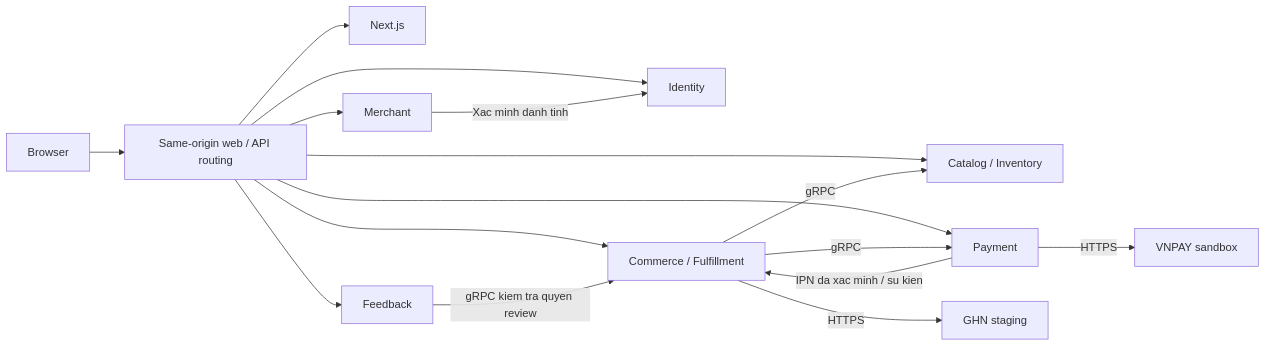
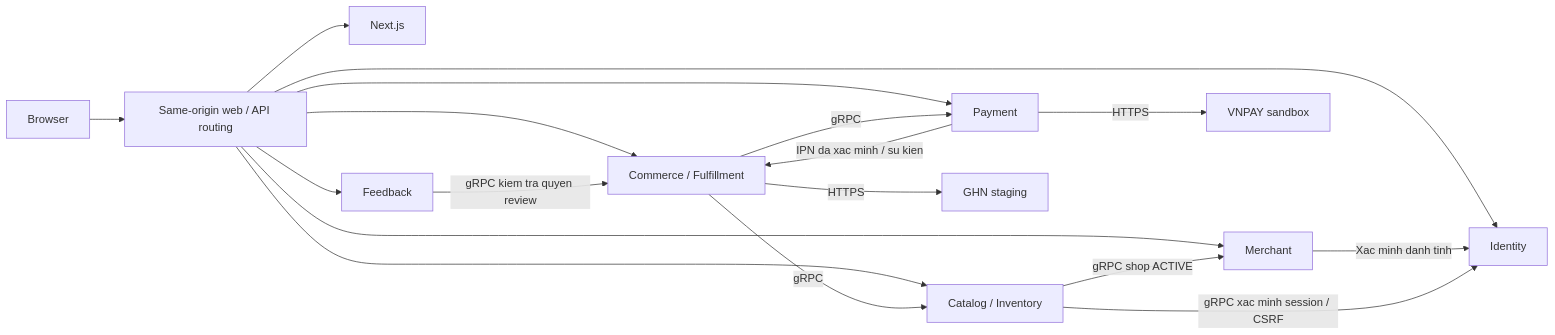
Before and after one commit to quocanh112233/agora-backend: the diagram in docs/architecture/architecture-overview.md, drawn with Mermaid. The commit also changed other lines of this file and 67 other files, not shown here.

````diff
--- a/docs/architecture/architecture-overview.md
+++ b/docs/architecture/architecture-overview.md
@@ -22,18 +22,20 @@
 ```mermaid
 flowchart LR
     Browser[Browser] --> Edge[Same-origin web / API routing]
     Edge --> Web[Next.js]
     Edge --> Identity[Identity]
     Edge --> Merchant[Merchant]
     Merchant -->|Xac minh danh tinh| Identity
     Edge --> Catalog[Catalog / Inventory]
+    Catalog -->|gRPC xac minh session / CSRF| Identity
+    Catalog -->|gRPC shop ACTIVE| Merchant
     Edge --> Commerce[Commerce / Fulfillment]
     Edge --> Payment[Payment]
     Edge --> Feedback[Feedback]
     Commerce -->|gRPC| Catalog
     Commerce -->|gRPC| Payment
     Commerce -->|HTTPS| GHN[GHN staging]
     Payment -->|HTTPS| VNPay[VNPAY sandbox]
     Payment -->|IPN da xac minh / su kien| Commerce
     Feedback -->|gRPC kiem tra quyen review| Commerce
 ```
````
